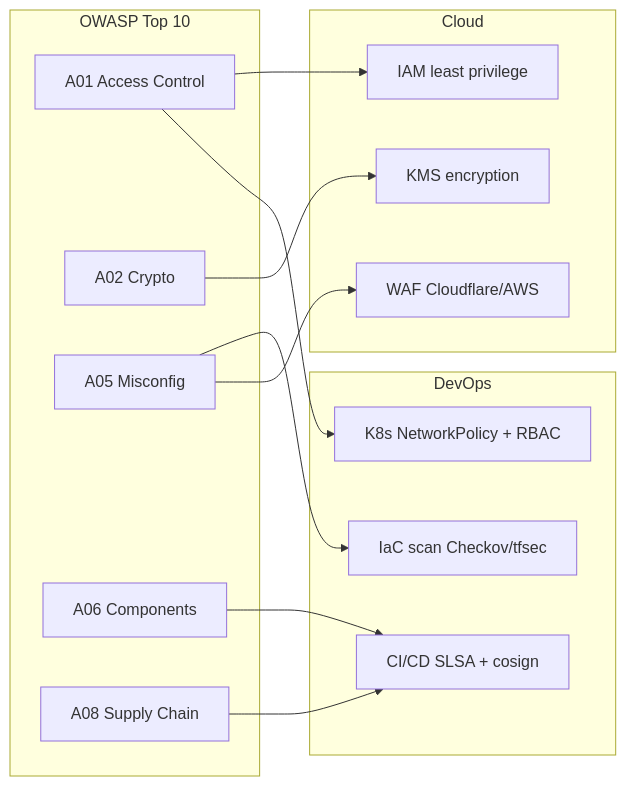
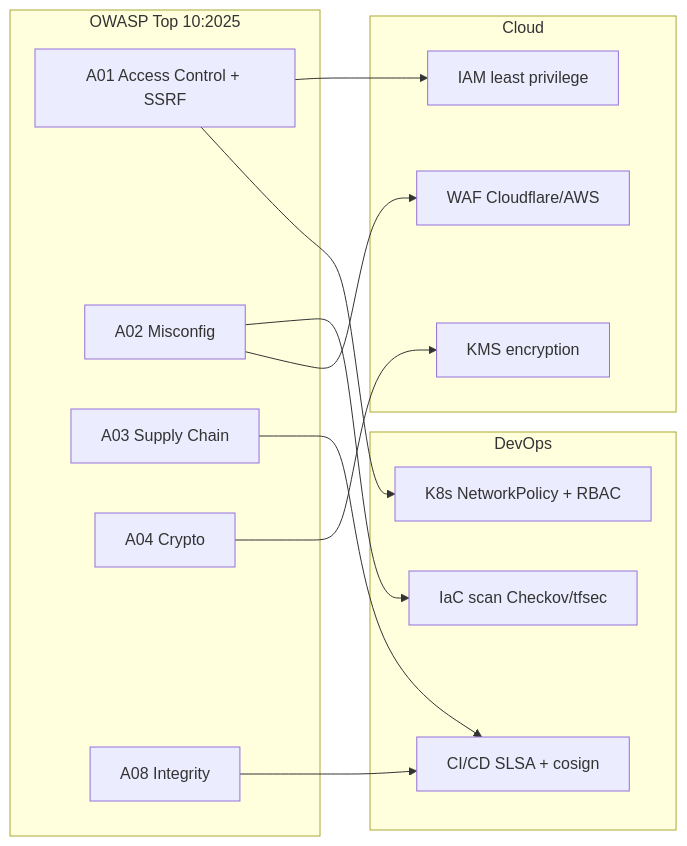
The first of 2 diagrams in 12_security/owasp-top-10/lessons/01_basic/00_what-is-owasp-and-application-security.md (thanhdevops95/Dev-knowledge), drawn with Mermaid before and after one commit. The commit also changed other lines of this file and 483 other files, not shown here.

````diff
--- a/12_security/owasp-top-10/lessons/01_basic/00_what-is-owasp-and-application-security.md
+++ b/12_security/owasp-top-10/lessons/01_basic/00_what-is-owasp-and-application-security.md
@@ -304,30 +327,30 @@
 ```mermaid
 graph LR
-    subgraph Sec[OWASP Top 10]
-        A01[A01 Access Control]
-        A02[A02 Crypto]
-        A05[A05 Misconfig]
-        A06[A06 Components]
-        A08[A08 Supply Chain]
+    subgraph Sec[OWASP Top 10:2025]
+        A01[A01 Access Control + SSRF]
+        A02[A02 Misconfig]
+        A03[A03 Supply Chain]
+        A04[A04 Crypto]
+        A08[A08 Integrity]
     end
 
     subgraph DevOps[DevOps]
         CI[CI/CD SLSA + cosign]
         K8s[K8s NetworkPolicy + RBAC]
         IAC[IaC scan Checkov/tfsec]
     end
 
     subgraph Cloud[Cloud]
         IAM[IAM least privilege]
         KMS[KMS encryption]
         WAF[WAF Cloudflare/AWS]
     end
 
     A01 --> IAM
     A01 --> K8s
-    A02 --> KMS
-    A05 --> IAC
-    A05 --> WAF
-    A06 --> CI
+    A04 --> KMS
+    A02 --> IAC
+    A02 --> WAF
+    A03 --> CI
     A08 --> CI
 ```
````
